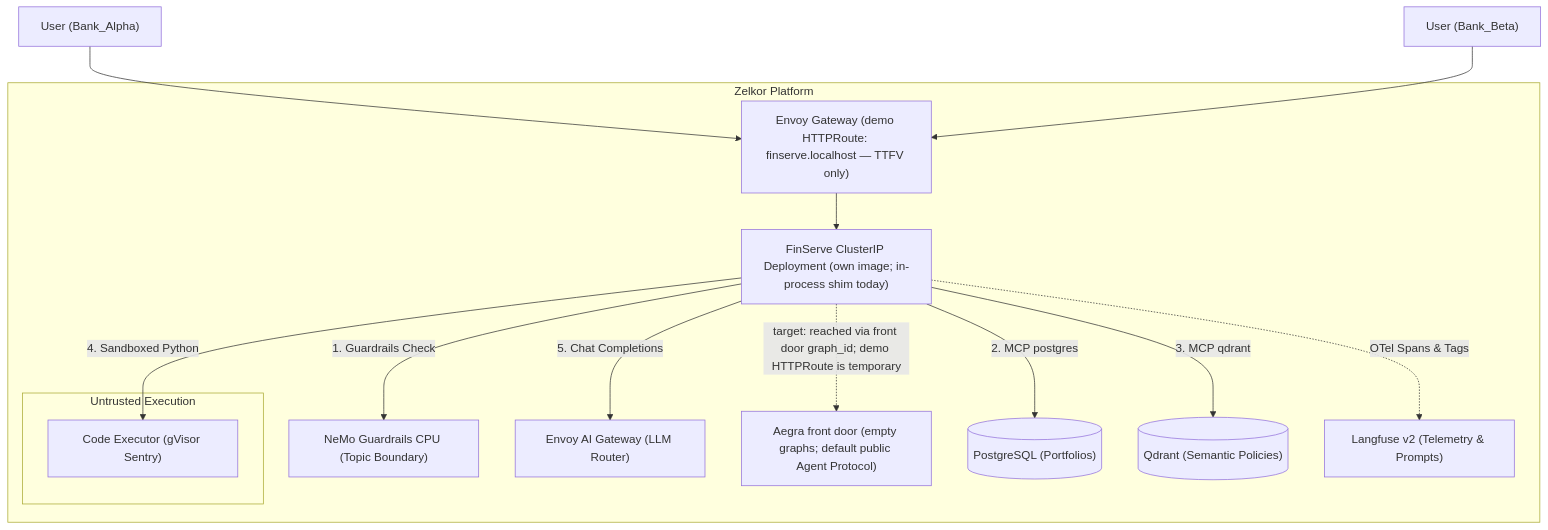
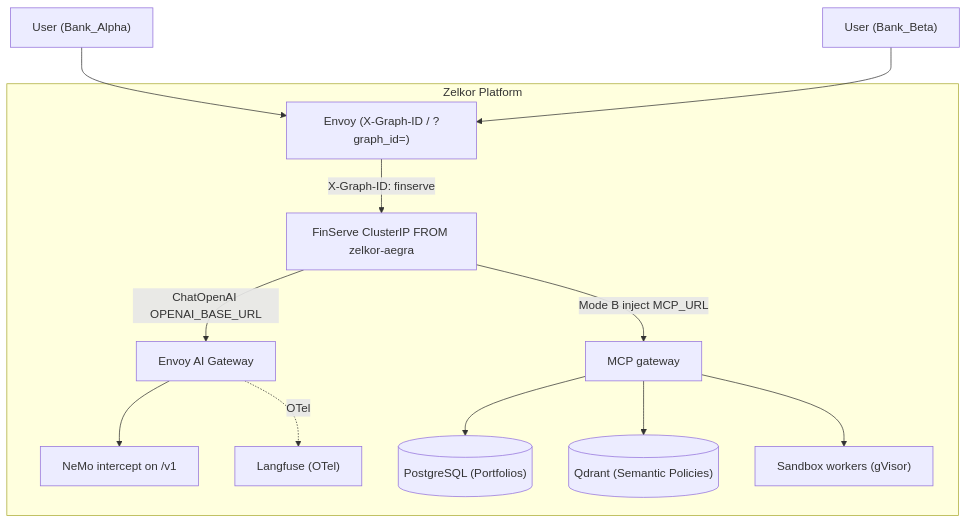
Before and after one commit to devopssquaddev/zelkor-platform: the diagram in examples/finserve/README.md, drawn with Mermaid. The commit also changed other lines of this file and 58 other files, not shown here.

First line of the commit message:
feat(helm,agents): route graphs via Envoy and drop the Python proxy

````diff
--- a/examples/finserve/README.md
+++ b/examples/finserve/README.md
@@ -22,32 +22,28 @@
 ```mermaid
 flowchart TD
     UserAlpha["User (Bank_Alpha)"]
     UserBeta["User (Bank_Beta)"]
-    
+
     subgraph platform ["Zelkor Platform"]
-        Gateway["Envoy Gateway (demo HTTPRoute: finserve.localhost — TTFV only)"]
-        Agent["FinServe ClusterIP Deployment (own image; in-process shim today)"]
-        NeMo["NeMo Guardrails CPU (Topic Boundary)"]
-        AIGateway["Envoy AI Gateway (LLM Router)"]
-        Aegra["Aegra front door (empty graphs; default public Agent Protocol)"]
+        Front["Envoy (X-Graph-ID / ?graph_id=)"]
+        Agent["FinServe ClusterIP FROM zelkor-aegra"]
+        NeMo["NeMo intercept on /v1"]
+        AIGateway["Envoy AI Gateway"]
+        MCP["MCP gateway"]
         Postgres[("PostgreSQL (Portfolios)")]
         Qdrant[("Qdrant (Semantic Policies)")]
-        Langfuse["Langfuse v2 (Telemetry & Prompts)"]
-        
-        subgraph sandbox ["Untrusted Execution"]
-            CodeExec["Code Executor (gVisor Sentry)"]
-        end
+        Langfuse["Langfuse (OTel)"]
+        CodeExec["Sandbox workers (gVisor)"]
     end
 
-    UserAlpha --> Gateway
-    UserBeta --> Gateway
-    Gateway --> Agent
-    
-    Agent -->|"1. Guardrails Check"| NeMo
-    Agent -->|"2. MCP postgres"| Postgres
-    Agent -->|"3. MCP qdrant"| Qdrant
-    Agent -->|"4. Sandboxed Python"| CodeExec
-    Agent -->|"5. Chat Completions"| AIGateway
-    Agent -.->|"target: reached via front door graph_id; demo HTTPRoute is temporary"| Aegra
-    Agent -.->|"OTel Spans & Tags"| Langfuse
+    UserAlpha --> Front
+    UserBeta --> Front
+    Front -->|"X-Graph-ID: finserve"| Agent
+    Agent -->|"ChatOpenAI OPENAI_BASE_URL"| AIGateway
+    AIGateway --> NeMo
+    Agent -->|"Mode B inject MCP_URL"| MCP
+    MCP --> Postgres
+    MCP --> Qdrant
+    MCP --> CodeExec
+    AIGateway -.->|"OTel"| Langfuse
 ```
````
